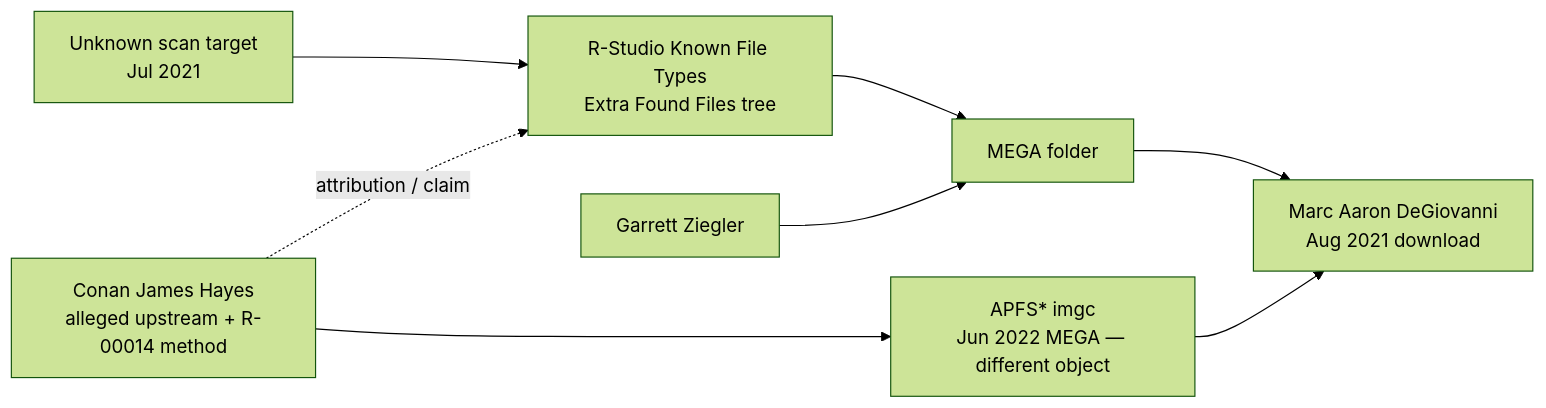
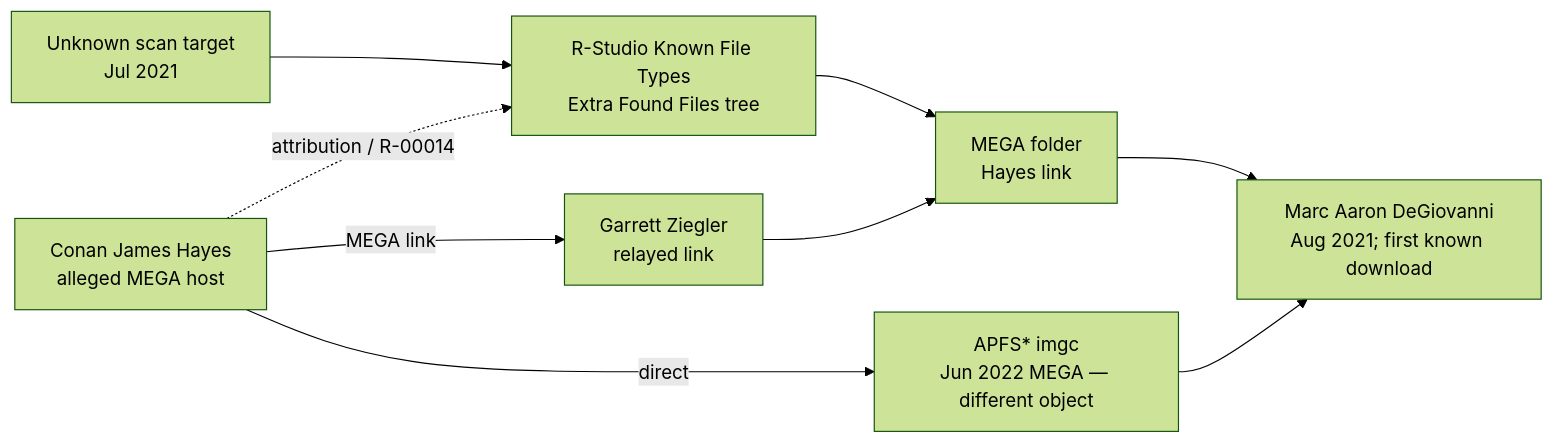
Before and after one commit to 459Crimes/HunterBidenLaptop_0728: the diagram in docs/diagrams/hayes_custody.mmd, drawn with Mermaid (forest theme). The commit also changed 18 other files, not shown here.

First line of the commit message:
Clarify 0728 MEGA provenance: Hayes link, Ziegler relay, first known download.

```diff
--- a/docs/diagrams/hayes_custody.mmd
+++ b/docs/diagrams/hayes_custody.mmd
@@ -1,16 +1,17 @@
 flowchart LR
   unknown["Unknown scan target<br/>Jul 2021"]
   rstudio["R-Studio Known File Types<br/>Extra Found Files tree"]
-  mega["MEGA folder"]
-  ziegler["Garrett Ziegler"]
-  author["Marc Aaron DeGiovanni<br/>Aug 2021 download"]
-  hayes["Conan James Hayes<br/>alleged upstream + R-00014 method"]
+  mega["MEGA folder<br/>Hayes link"]
+  hayes["Conan James Hayes<br/>alleged MEGA host"]
+  ziegler["Garrett Ziegler<br/>relayed link"]
+  author["Marc Aaron DeGiovanni<br/>Aug 2021; first known download"]
   apfs["APFS* imgc<br/>Jun 2022 MEGA — different object"]
 
   unknown --> rstudio
   rstudio --> mega
-  hayes -.->|attribution / claim| rstudio
+  hayes -->|MEGA link| ziegler
+  hayes -.->|attribution / R-00014| rstudio
   ziegler --> mega
   mega --> author
-  hayes --> apfs
+  hayes -->|direct| apfs
   apfs --> author
```
